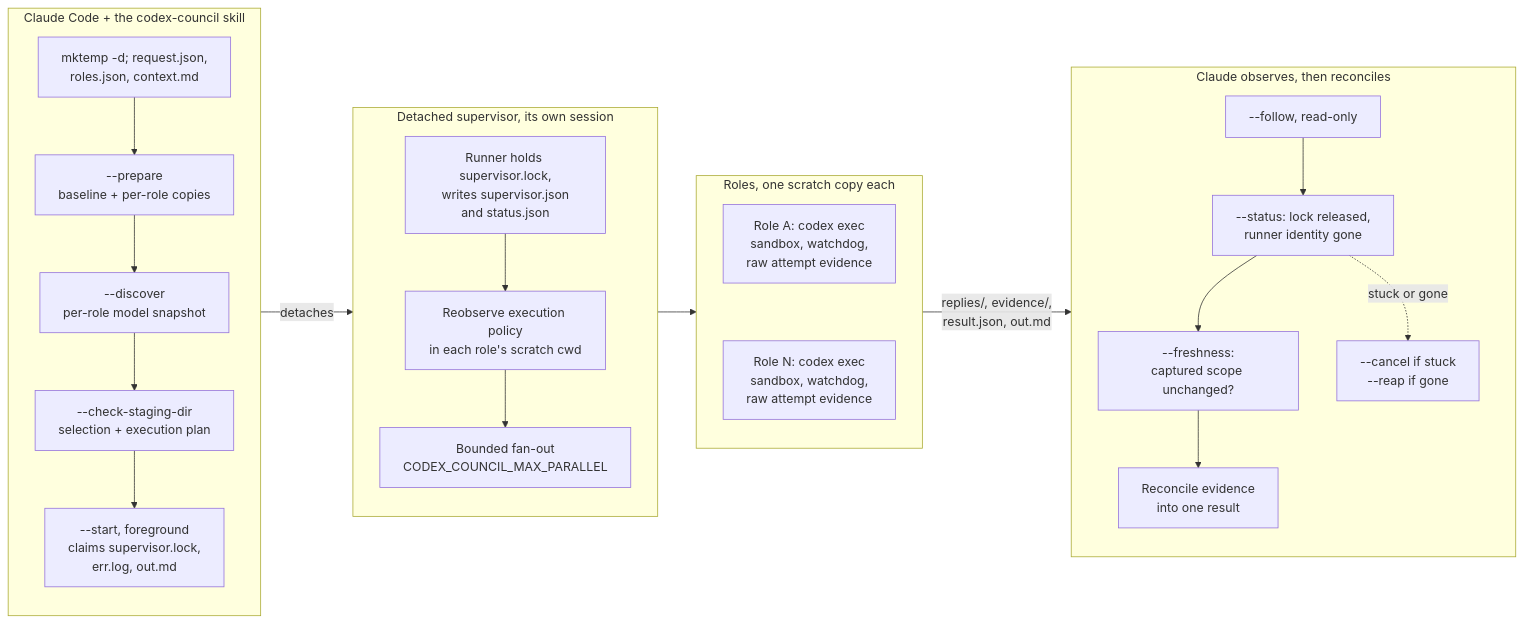
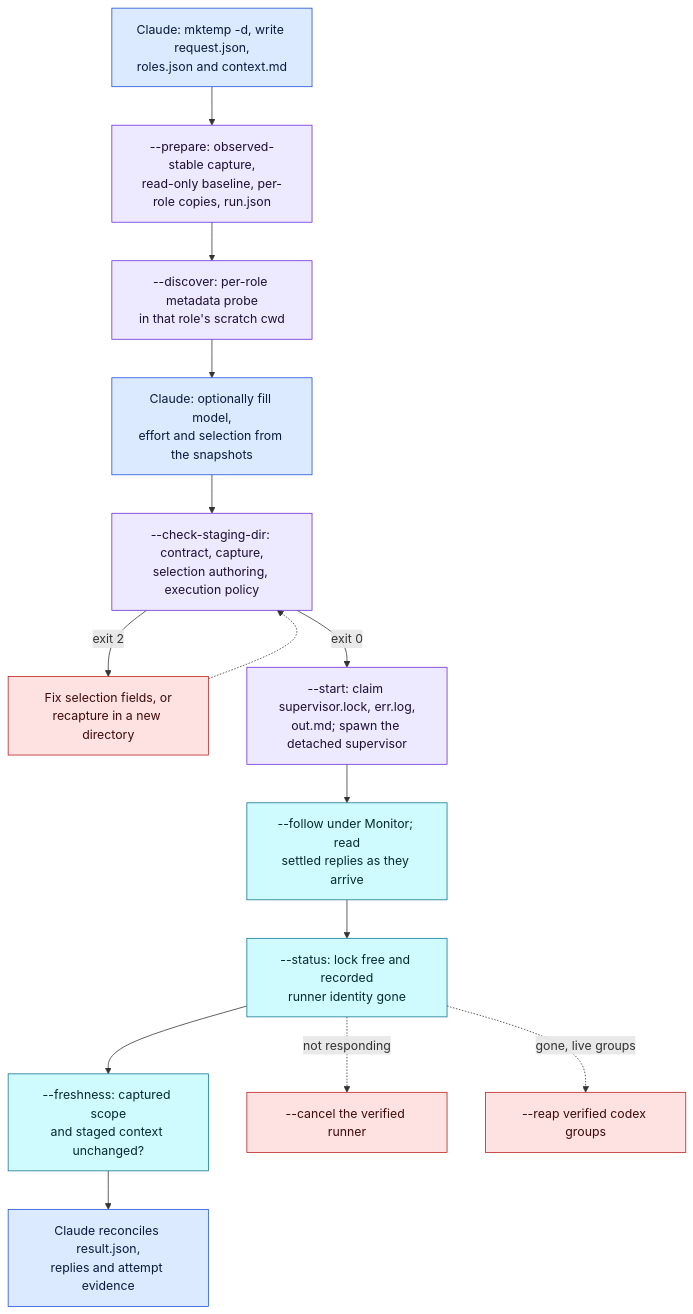
Before and after one commit to ehzawad/codex-council: the second of 4 diagrams in README.md, drawn with Mermaid. The commit also changed other lines of this file and 1 other file, not shown here.

First line of the commit message:
README and DESIGN: accurate text and layered, colour-coded diagrams

````diff
--- a/README.md
+++ b/README.md
@@ -56,37 +113,25 @@
 ```mermaid
-flowchart LR
-    subgraph Host["Claude Code + the codex-council skill"]
-        direction TB
-        Stage["mktemp -d; request.json,<br/>roles.json, context.md"] --> Prepare["--prepare<br/>baseline + per-role copies"]
-        Prepare --> Disc["--discover<br/>per-role model snapshot"]
-        Disc --> Check["--check-staging-dir<br/>selection + execution plan"]
-        Check --> Start["--start, foreground<br/>claims supervisor.lock,<br/>err.log, out.md"]
-    end
+flowchart TD
+    Brief["Claude: mktemp -d, write request.json,<br/>roles.json and context.md"] --> Prepare["--prepare: observed-stable capture,<br/>read-only baseline, per-role copies, run.json"]
+    Prepare --> Discover["--discover: per-role metadata probe<br/>in that role's scratch cwd"]
+    Discover --> Select["Claude: optionally fill model,<br/>effort and selection from the snapshots"]
+    Select --> Check["--check-staging-dir: contract, capture,<br/>selection authoring, execution policy"]
+    Check -- "exit 2" --> Repair["Fix selection fields, or<br/>recapture in a new directory"]
+    Repair -.-> Check
+    Check -- "exit 0" --> Start["--start: claim supervisor.lock, err.log,<br/>out.md; spawn the detached supervisor"]
+    Start --> Follow["--follow under Monitor; read<br/>settled replies as they arrive"]
+    Follow --> Status["--status: lock free and recorded<br/>runner identity gone"]
+    Status --> Fresh["--freshness: captured scope<br/>and staged context unchanged?"]
+    Fresh --> Reconcile["Claude reconciles result.json,<br/>replies and attempt evidence"]
+    Status -. "not responding" .-> Cancel["--cancel the verified runner"]
+    Status -. "gone, live groups" .-> Reap["--reap verified codex groups"]
 
-    Host -- "detaches" --> Detached
-
-    subgraph Detached["Detached supervisor, its own session"]
-        direction TB
-        Runner["Runner holds supervisor.lock,<br/>writes supervisor.json<br/>and status.json"] --> Policy["Reobserve execution policy<br/>in each role's scratch cwd"]
-        Policy --> Fanout["Bounded fan-out<br/>CODEX_COUNCIL_MAX_PARALLEL"]
-    end
-
-    Fanout --> Roles
-
-    subgraph Roles["Roles, one scratch copy each"]
-        direction TB
-        RoleA["Role A: codex exec<br/>sandbox, watchdog,<br/>raw attempt evidence"]
-        RoleN["Role N: codex exec<br/>sandbox, watchdog,<br/>raw attempt evidence"]
-        RoleA ~~~ RoleN
-    end
-
-    Roles -- "replies/, evidence/,<br/>result.json, out.md" --> Watch
-
-    subgraph Watch["Claude observes, then reconciles"]
-        direction TB
-        Follow["--follow, read-only"] --> Status["--status: lock released,<br/>runner identity gone"]
-        Status --> Fresh["--freshness:<br/>captured scope unchanged?"]
-        Fresh --> Reconcile["Reconcile evidence<br/>into one result"]
-        Status -. "stuck or gone" .-> Ctl["--cancel if stuck<br/>--reap if gone"]
-    end
+    classDef host fill:#dbeafe,stroke:#1d4ed8,color:#0b1b3f
+    classDef runner fill:#ede9fe,stroke:#6d28d9,color:#1e1037
+    classDef observer fill:#cffafe,stroke:#0e7490,color:#062a33
+    classDef failure fill:#fee2e2,stroke:#b91c1c,color:#3f0a0a
+    class Brief,Select,Reconcile host
+    class Prepare,Discover,Check,Start runner
+    class Follow,Status,Fresh observer
+    class Repair,Cancel,Reap failure
 ```
````
